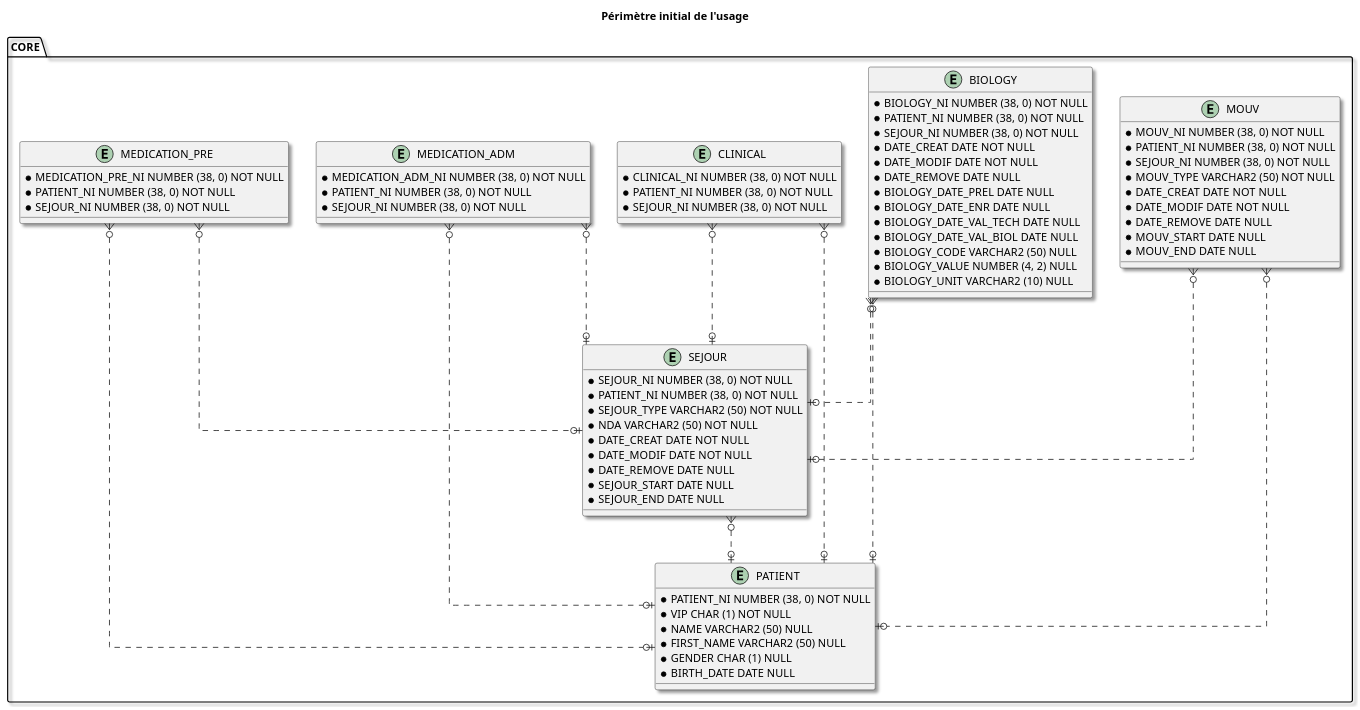
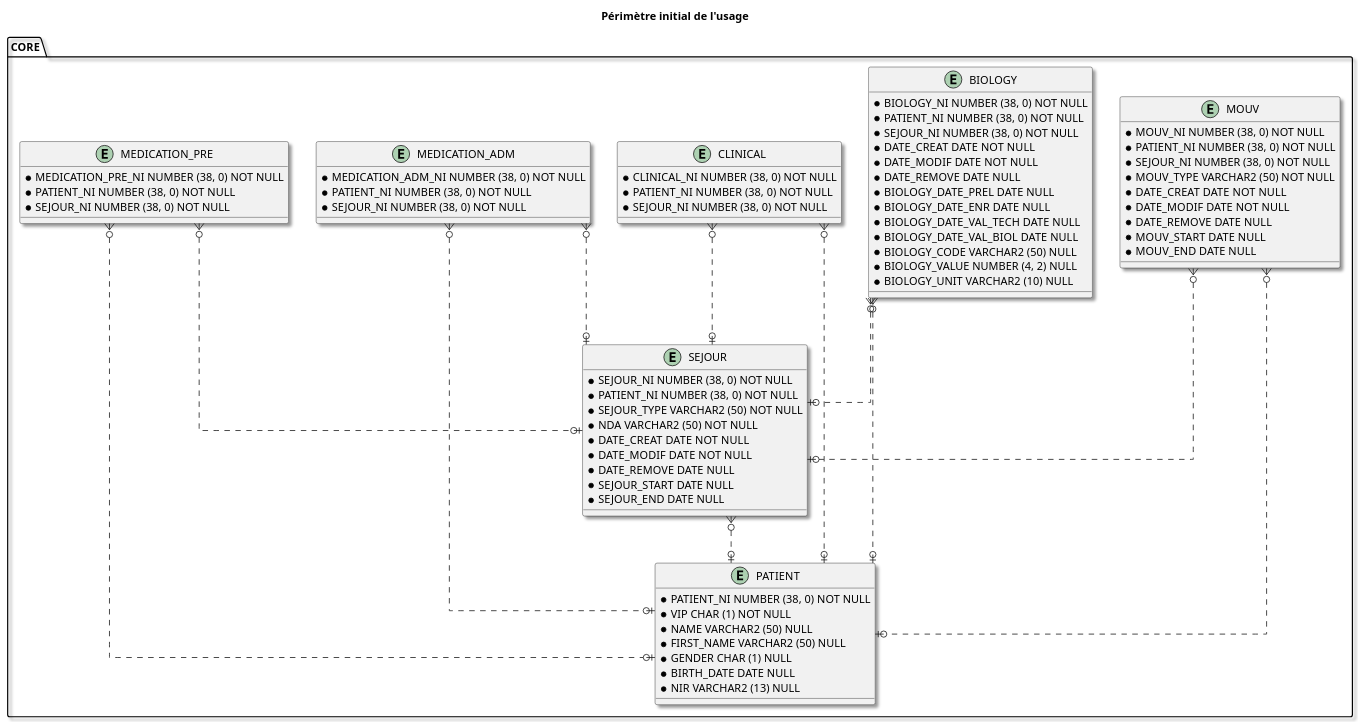
The diagram in input/images-source/core-mpd.plantuml (aphp/IG-fhir-dm), drawn with PlantUML before and after one commit. The commit also changed 3 other files, not shown here.

```diff
--- a/input/images-source/core-mpd.plantuml
+++ b/input/images-source/core-mpd.plantuml
@@ -1,97 +1,98 @@
 @startuml
 
 skinparam Shadowing 1.0
 ' avoid problems with angled crows feet
 skinparam linetype ortho
 
 title
 Périmètre initial de l'usage
 end title
 
 entity CORE.PATIENT {
   * {field} PATIENT_NI NUMBER (38, 0) NOT NULL
   * {field} VIP CHAR (1) NOT NULL
   * {field} NAME VARCHAR2 (50) NULL
   * {field} FIRST_NAME VARCHAR2 (50) NULL
   * {field} GENDER CHAR (1) NULL
   * {field} BIRTH_DATE DATE NULL
+  * {field} NIR VARCHAR2 (13) NULL
 }
 
 entity CORE.SEJOUR {
   * {field} SEJOUR_NI NUMBER (38, 0) NOT NULL
   * {field} PATIENT_NI NUMBER (38, 0) NOT NULL
   * {field} SEJOUR_TYPE VARCHAR2 (50) NOT NULL
   * {field} NDA VARCHAR2 (50) NOT NULL
   * {field} DATE_CREAT DATE NOT NULL
   * {field} DATE_MODIF DATE NOT NULL
   * {field} DATE_REMOVE DATE NULL
   * {field} SEJOUR_START DATE NULL
   * {field} SEJOUR_END DATE NULL
 }
 
 entity CORE.MOUV {
   * {field} MOUV_NI NUMBER (38, 0) NOT NULL
   * {field} PATIENT_NI NUMBER (38, 0) NOT NULL
   * {field} SEJOUR_NI NUMBER (38, 0) NOT NULL
   * {field} MOUV_TYPE VARCHAR2 (50) NOT NULL
   * {field} DATE_CREAT DATE NOT NULL
   * {field} DATE_MODIF DATE NOT NULL
   * {field} DATE_REMOVE DATE NULL
   * {field} MOUV_START DATE NULL
   * {field} MOUV_END DATE NULL
 }
 
 entity CORE.BIOLOGY {
   * {field} BIOLOGY_NI NUMBER (38, 0) NOT NULL
   * {field} PATIENT_NI NUMBER (38, 0) NOT NULL
   * {field} SEJOUR_NI NUMBER (38, 0) NOT NULL
   * {field} DATE_CREAT DATE NOT NULL
   * {field} DATE_MODIF DATE NOT NULL
   * {field} DATE_REMOVE DATE NULL
   * {field} BIOLOGY_DATE_PREL DATE NULL
   * {field} BIOLOGY_DATE_ENR DATE NULL
   * {field} BIOLOGY_DATE_VAL_TECH DATE NULL
   * {field} BIOLOGY_DATE_VAL_BIOL DATE NULL
   * {field} BIOLOGY_CODE VARCHAR2 (50) NULL
   * {field} BIOLOGY_VALUE NUMBER (4, 2) NULL
   * {field} BIOLOGY_UNIT VARCHAR2 (10) NULL
 }
 
 entity CORE.CLINICAL {
   * {field} CLINICAL_NI NUMBER (38, 0) NOT NULL
   * {field} PATIENT_NI NUMBER (38, 0) NOT NULL
   * {field} SEJOUR_NI NUMBER (38, 0) NOT NULL
 }
 
 entity CORE.MEDICATION_ADM {
   * {field} MEDICATION_ADM_NI NUMBER (38, 0) NOT NULL
   * {field} PATIENT_NI NUMBER (38, 0) NOT NULL
   * {field} SEJOUR_NI NUMBER (38, 0) NOT NULL
 }
 
 entity CORE.MEDICATION_PRE {
   * {field} MEDICATION_PRE_NI NUMBER (38, 0) NOT NULL
   * {field} PATIENT_NI NUMBER (38, 0) NOT NULL
   * {field} SEJOUR_NI NUMBER (38, 0) NOT NULL
 }
 
 
 
 CORE.SEJOUR }o..o| CORE.PATIENT
 
 CORE.MOUV }o..o| CORE.PATIENT
 CORE.MOUV }o..o| CORE.SEJOUR
 
 CORE.BIOLOGY }o..o| CORE.PATIENT
 CORE.BIOLOGY }o..o| CORE.SEJOUR
 
 CORE.CLINICAL }o..o| CORE.PATIENT
 CORE.CLINICAL }o..o| CORE.SEJOUR
 
 CORE.MEDICATION_ADM }o..o| CORE.PATIENT
 CORE.MEDICATION_ADM }o..o| CORE.SEJOUR
 
 CORE.MEDICATION_PRE }o..o| CORE.PATIENT
 CORE.MEDICATION_PRE }o..o| CORE.SEJOUR
 
 @enduml
```
